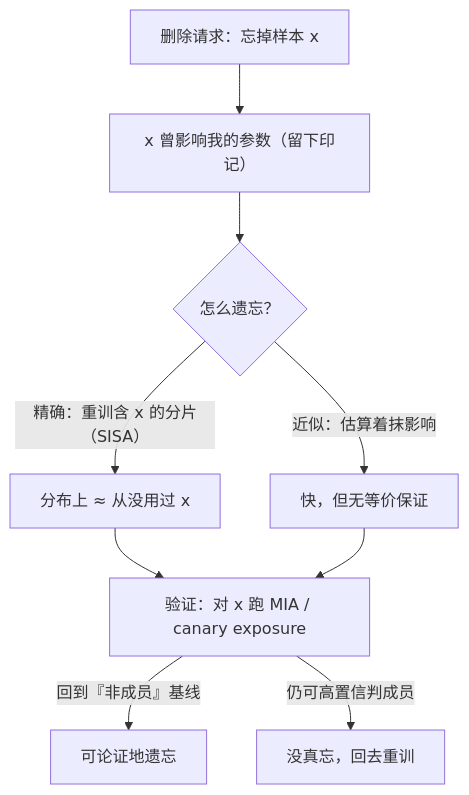
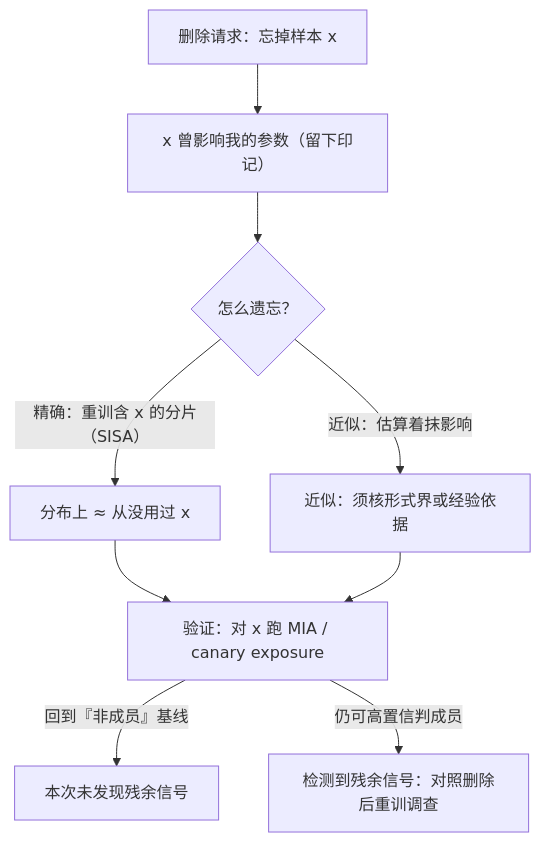
The diagram in privacy/05-frontier-deployment/machine-unlearning.mdx (XuebinMa/AIWiki), drawn with Mermaid before and after one commit. The commit also changed other lines of this file and 325 other files, not shown here.

````diff
--- a/privacy/05-frontier-deployment/machine-unlearning.mdx
+++ b/privacy/05-frontier-deployment/machine-unlearning.mdx
@@ -35,11 +38,11 @@
 ```mermaid
 flowchart TB
     R["删除请求：忘掉样本 x"] --> W["x 曾影响我的参数（留下印记）"]
     W --> E{"怎么遗忘？"}
-    E -->|精确：重训含 x 的分片（SISA）| OK["分布上 ≈ 从没用过 x"]
-    E -->|近似：估算着抹影响| AP["快，但无等价保证"]
+    E -->|"精确：重训含 x 的分片（SISA）"| OK["分布上 ≈ 从没用过 x"]
+    E -->|近似：估算着抹影响| AP["近似：须核形式界或经验依据"]
     OK --> V["验证：对 x 跑 MIA / canary exposure"]
     AP --> V
-    V -->|回到『非成员』基线| Done["可论证地遗忘"]
-    V -->|仍可高置信判成员| No["没真忘，回去重训"]
+    V -->|回到『非成员』基线| Done["本次未发现残余信号"]
+    V -->|仍可高置信判成员| No["检测到残余信号：对照删除后重训调查"]
 ```
````
